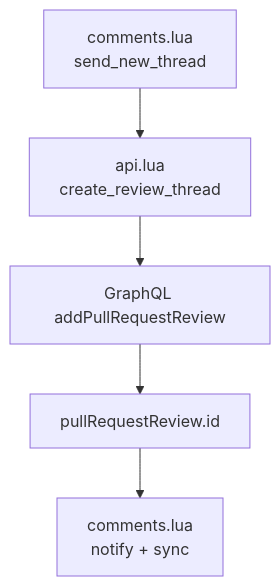
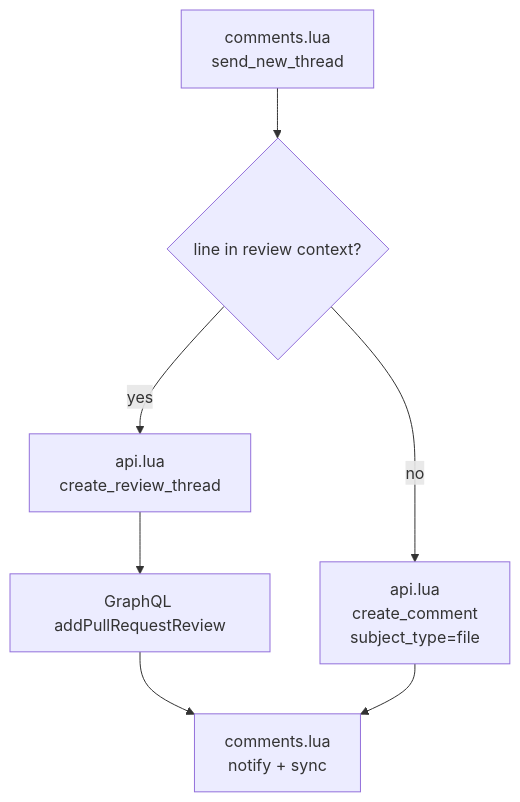
The first of 2 diagrams in ARCHITECTURE_DIFF.md (bajor/nvim-raccoon), drawn with Mermaid before and after one commit. The commit also changed other lines of this file and 4 other files, not shown here.

Commit message:
fix: use file comments outside PR diff context

````diff
--- a/ARCHITECTURE_DIFF.md
+++ b/ARCHITECTURE_DIFF.md
@@ -9,7 +9,9 @@
 ```mermaid
 graph TD
-    A[comments.lua\nsend_new_thread] --> B[api.lua\ncreate_review_thread]
-    B --> C[GraphQL addPullRequestReview]
-    C --> D[pullRequestReview.id]
-    D --> E[comments.lua\nnotify + sync]
+    A[comments.lua\nsend_new_thread] --> B{line in review context?}
+    B -->|yes| C[api.lua\ncreate_review_thread]
+    C --> D[GraphQL addPullRequestReview]
+    D --> F[comments.lua\nnotify + sync]
+    B -->|no| E[api.lua\ncreate_comment\nsubject_type=file]
+    E --> F
 ```
````
